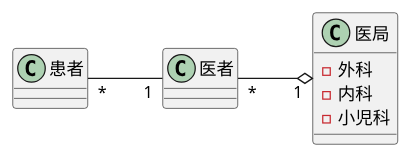
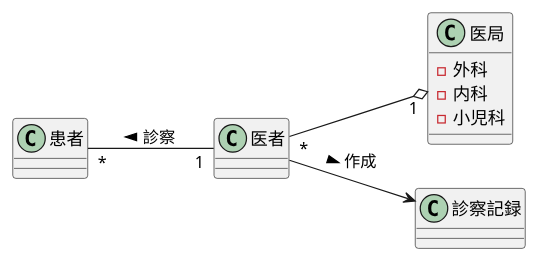
The diagram in 演習3-2_CL_医師と患者と医局と診療記録.pu (Raiki215/uml-introduction), drawn with PlantUML before and after one commit.

Commit message:
やり直し

```diff
--- a/演習3-2_CL_医師と患者と医局と診療記録.pu
+++ b/演習3-2_CL_医師と患者と医局と診療記録.pu
@@ -1,14 +1,18 @@
 @startuml 演習３－２
 left to right direction
 class 医者{
 }
 class 患者{
 }
 class 医局{
     -外科
     -内科
     -小児科
 }
-患者"*" -- "1"医者
+class 診察記録{
+
+}
+患者"*" -- "1"医者 : 診察 <
 医者"*" --o "1"医局
+医者 --> 診察記録 : 作成 > 
 @enduml
```
